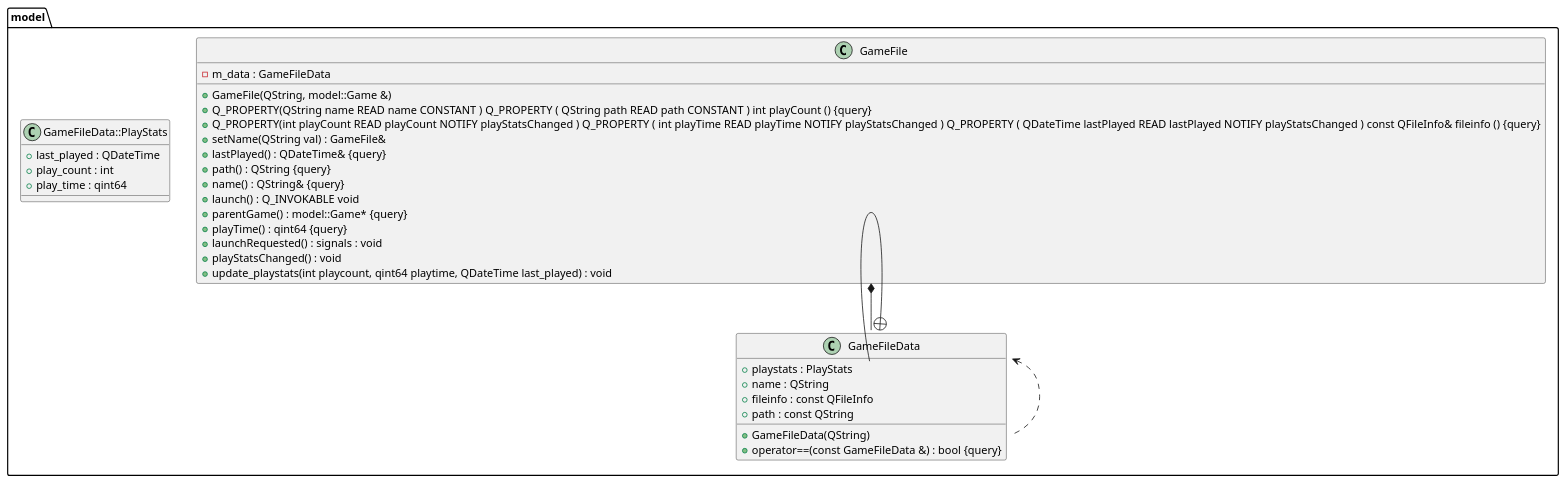
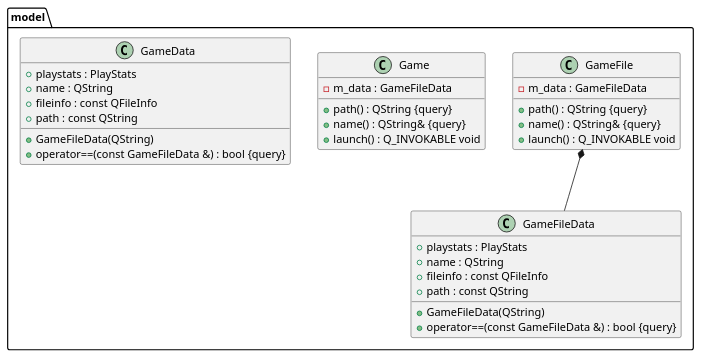
One commit to PFE033-ConjureOS/ConjureOS-ConjureSoftwareArcade changed the diagram in diagram/gaming.puml. Above: the diagram before and after it, drawn with PlantUML. The commit also changed 8 other files, not shown here.

Commit message:
wip diagramme rapprot final

```diff
--- a/diagram/gaming.puml
+++ b/diagram/gaming.puml
@@ -1,77 +1,51 @@
 @startuml
 
 
 
 
 
 /' Objects '/
 
 namespace model {
 	class GameFile {
-		+GameFile(QString, model::Game &)
-		+Q_PROPERTY(QString name READ name CONSTANT ) Q_PROPERTY ( QString path READ path CONSTANT ) int playCount () {query}
-		+Q_PROPERTY(int playCount READ playCount NOTIFY playStatsChanged ) Q_PROPERTY ( int playTime READ playTime NOTIFY playStatsChanged ) Q_PROPERTY ( QDateTime lastPlayed READ lastPlayed NOTIFY playStatsChanged ) const QFileInfo& fileinfo () {query}
-		+setName(QString val) : GameFile&
 		-m_data : GameFileData
-		+lastPlayed() : QDateTime& {query}
 		+path() : QString {query}
 		+name() : QString& {query}
 		+launch() : Q_INVOKABLE void
-		+parentGame() : model::Game* {query}
-		+playTime() : qint64 {query}
-		+launchRequested() : signals : void
-		+playStatsChanged() : void
-		+update_playstats(int playcount, qint64 playtime, QDateTime last_played) : void
 	}
 
 	class GameFileData {
 		+GameFileData(QString)
 		+playstats : PlayStats
 		+name : QString
 		+operator==(const GameFileData &) : bool {query}
 		+fileinfo : const QFileInfo
 		+path : const QString
 	}
 
-	class GameFileData::PlayStats {
-		+last_played : QDateTime
-		+play_count : int
-		+play_time : qint64
-	}
+	class Game {
+    		-m_data : GameFileData
+    		+path() : QString {query}
+    		+name() : QString& {query}
+    		+launch() : Q_INVOKABLE void
+    	}
+
+    	class GameData {
+    		+GameFileData(QString)
+    		+playstats : PlayStats
+    		+name : QString
+    		+operator==(const GameFileData &) : bool {query}
+    		+fileinfo : const QFileInfo
+    		+path : const QString
+    	}
+
 }
 
-
-
-
-
-/' Inheritance relationships '/
-
-
-
-
-/' Aggregation relationships '/
 
 model.GameFile *-- model.GameFileData
 
 
 
 
 
-
-/' Dependency relationships '/
-
-model.GameFileData <.. model.GameFileData
-
-
-
-
-
-
-/' Nested objects '/
-
-model.GameFileData +-- model.GameFileData::PlayStats
-
-
-
-
 @enduml
```
